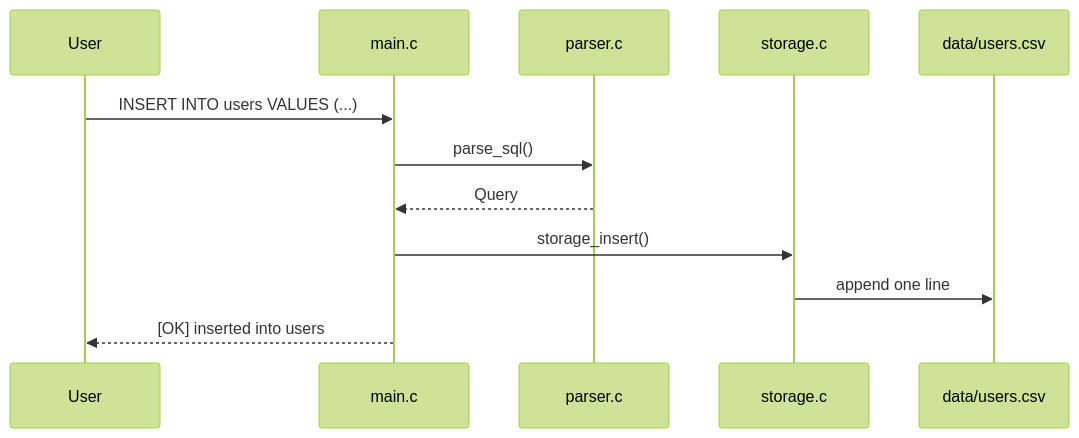
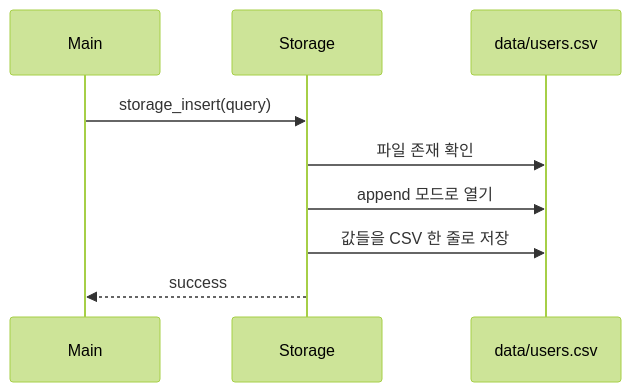
One commit to JEONWOOHYUN-hydromel/Krafton_Jungle_Wednesday_Codex_Week6 changed the eighth of 15 diagrams in README.md. Above: the diagram before and after it, drawn with Mermaid (forest theme). The commit also changed other lines of this file, not shown here.

Commit message:
Expand README with detailed diagrams

````diff
--- a/README.md
+++ b/README.md
@@ -98,15 +356,12 @@
 ```mermaid
 sequenceDiagram
-    participant User
-    participant Main as main.c
-    participant Parser as parser.c
-    participant Storage as storage.c
+    participant Main
+    participant Storage
     participant CSV as data/users.csv
 
-    User->>Main: INSERT INTO users VALUES (...)
-    Main->>Parser: parse_sql()
-    Parser-->>Main: Query
-    Main->>Storage: storage_insert()
-    Storage->>CSV: append one line
-    Main-->>User: [OK] inserted into users
+    Main->>Storage: storage_insert(query)
+    Storage->>CSV: 파일 존재 확인
+    Storage->>CSV: append 모드로 열기
+    Storage->>CSV: 값들을 CSV 한 줄로 저장
+    Storage-->>Main: success
 ```
````
